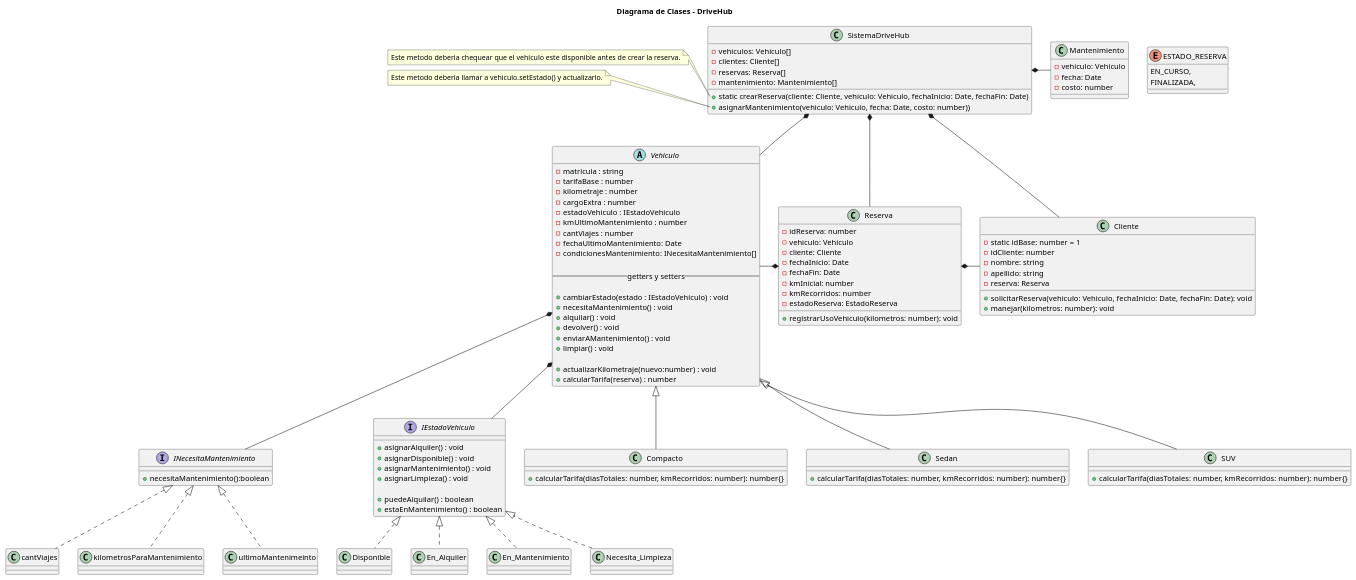
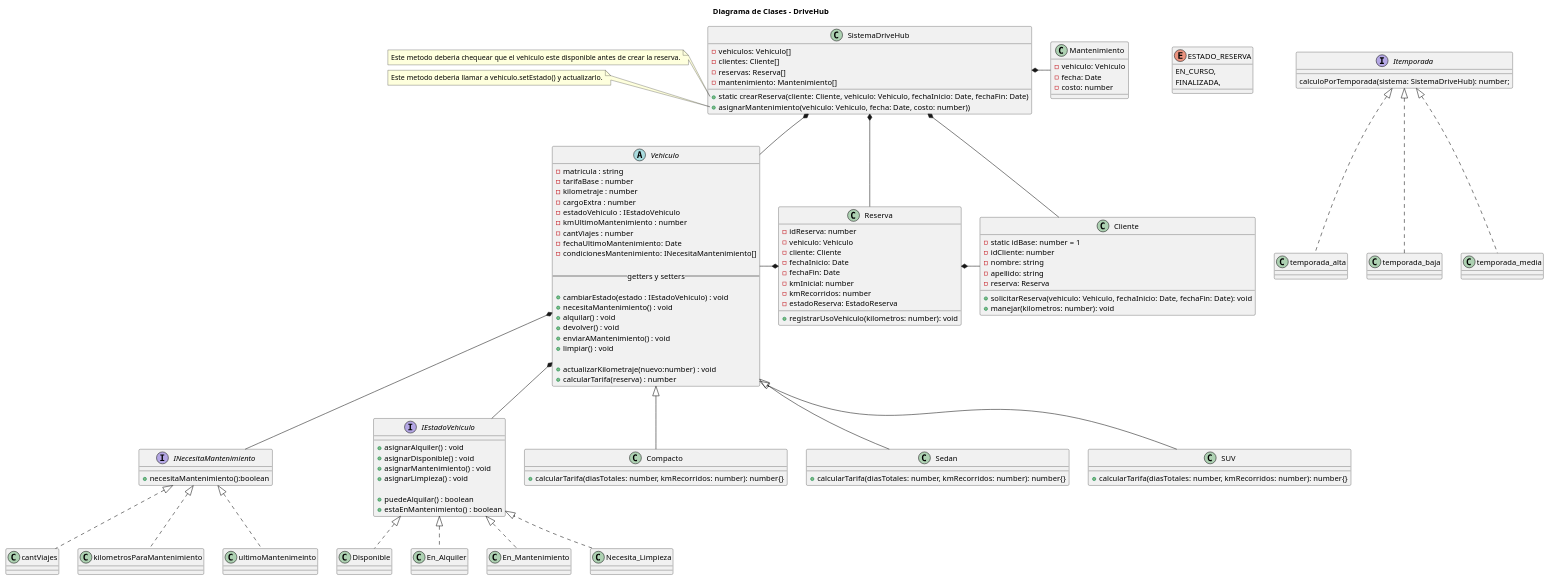
Before and after one commit to MatiasFernandez87/DriveHub_TP: the diagram in diagram/clases.puml, drawn with PlantUML. The commit also changed 4 other files, not shown here.

```diff
--- a/diagram/clases.puml
+++ b/diagram/clases.puml
@@ -1,134 +1,142 @@
 @startuml DriveHub
 
 ' El diagrama de clases es orientativo, podra sufrir cambios a medida que avance el proyecto.
 
 title Diagrama de Clases - DriveHub
 
 
 enum ESTADO_RESERVA{
     EN_CURSO,
     FINALIZADA,
 }
+
+interface Itemporada{
+    calculoPorTemporada(sistema: SistemaDriveHub): number; 
+}
+
+class temporada_alta implements Itemporada
+class temporada_baja implements Itemporada
+class temporada_media implements Itemporada     
 
 interface INecesitaMantenimiento{
     +necesitaMantenimiento():boolean
 }
 
 class cantViajes implements INecesitaMantenimiento
 class kilometrosParaMantenimiento implements INecesitaMantenimiento
 class ultimoMantenimeinto implements INecesitaMantenimiento
 
 interface IEstadoVehiculo {
     + asignarAlquiler() : void
     + asignarDisponible() : void
     + asignarMantenimiento() : void
     + asignarLimpieza() : void
 
     + puedeAlquilar() : boolean
     + estaEnMantenimiento() : boolean 
 }
 
 class Disponible implements IEstadoVehiculo
 class En_Alquiler implements IEstadoVehiculo
 class En_Mantenimiento implements IEstadoVehiculo
 class Necesita_Limpieza implements IEstadoVehiculo
 
 abstract class Vehiculo {
     - matricula : string
     - tarifaBase : number
     - kilometraje : number
     - cargoExtra : number
     - estadoVehiculo : IEstadoVehiculo
     - kmUltimoMantenimiento : number
     - cantViajes : number
     - fechaUltimoMantenimiento: Date
     - condicionesMantenimiento: INecesitaMantenimiento[]
 
     --getters y setters--
 
     + cambiarEstado(estado : IEstadoVehiculo) : void
     + necesitaMantenimiento() : void
     + alquilar() : void
     + devolver() : void
     + enviarAMantenimiento() : void
     + limpiar() : void
 
     + actualizarKilometraje(nuevo:number) : void
     + calcularTarifa(reserva) : number
 }
 
 class Compacto extends Vehiculo {
     + calcularTarifa(diasTotales: number, kmRecorridos: number): number{}
 }
 
 class Sedan extends Vehiculo {
     + calcularTarifa(diasTotales: number, kmRecorridos: number): number{}
 }
 
 class SUV extends Vehiculo {
     + calcularTarifa(diasTotales: number, kmRecorridos: number): number{}
 }
 
 class Cliente {
     - static idBase: number = 1
     - idCliente: number
     - nombre: string
     - apellido: string
     - reserva: Reserva
 
     + solicitarReserva(vehiculo: Vehiculo, fechaInicio: Date, fechaFin: Date): void
     + manejar(kilometros: number): void
     
 }
 
 class Reserva {
     - idReserva: number
     - vehiculo: Vehiculo
     - cliente: Cliente
     - fechaInicio: Date
     - fechaFin: Date
     - kmInicial: number
     - kmRecorridos: number
     - estadoReserva: EstadoReserva    
 
     + registrarUsoVehiculo(kilometros: number): void
 }
 
 class Mantenimiento {
     - vehiculo: Vehiculo
     - fecha: Date
     - costo: number
 }
 
 class SistemaDriveHub {
     - vehiculos: Vehiculo[]
     - clientes: Cliente[]
     - reservas: Reserva[]
     - mantenimiento: Mantenimiento[]    
 
     + static crearReserva(cliente: Cliente, vehiculo: Vehiculo, fechaInicio: Date, fechaFin: Date)        
     + asignarMantenimiento(vehiculo: Vehiculo, fecha: Date, costo: number)) 
 
 }
 
 'notas
 note left of SistemaDriveHub::crearReserva
     Este metodo deberia chequear que el vehiculo este disponible antes de crear la reserva.
 end note
 
 note left of SistemaDriveHub::asignarMantenimiento
     Este metodo deberia llamar a vehiculo.setEstado() y actualizarlo.
 end note
 
 
 SistemaDriveHub *-- Vehiculo
 SistemaDriveHub *-- Cliente
 SistemaDriveHub *-- Reserva
 SistemaDriveHub *-r- Mantenimiento
 Vehiculo *-- IEstadoVehiculo
 Vehiculo *-- INecesitaMantenimiento
 
 Reserva *-r- Cliente
 Reserva *-l- Vehiculo
 
 @enduml
```
